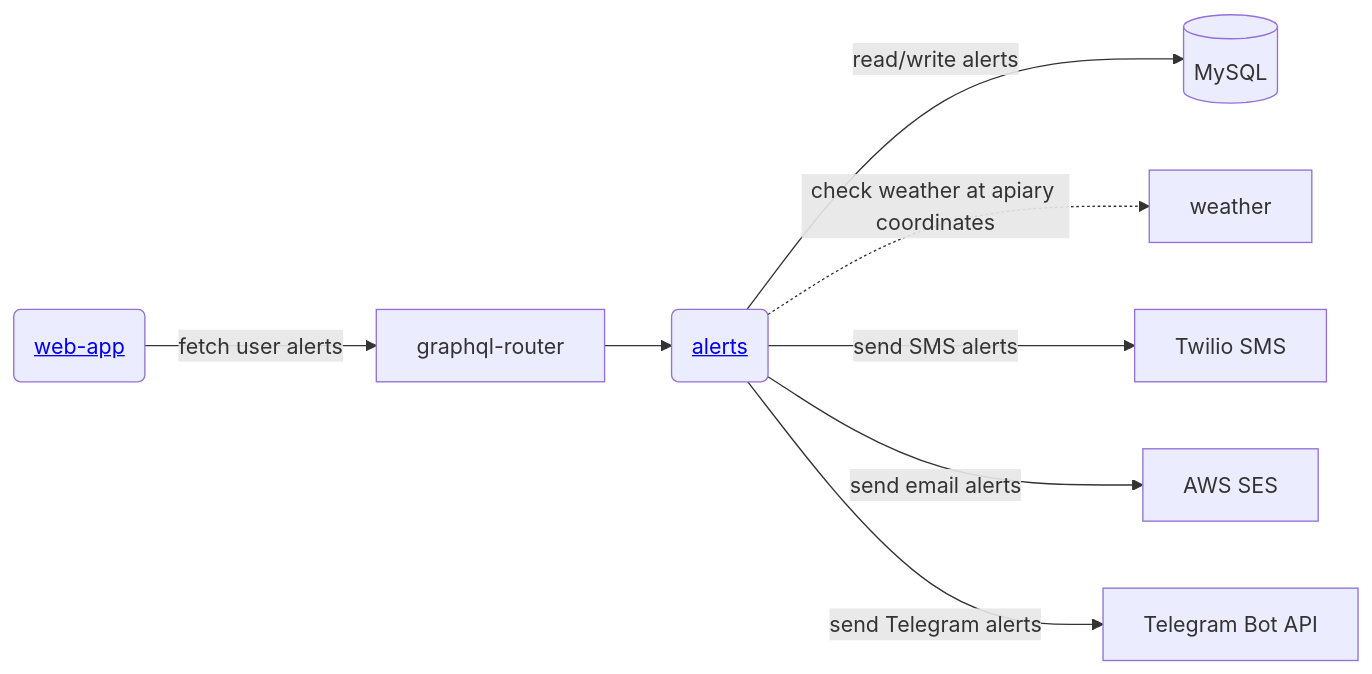
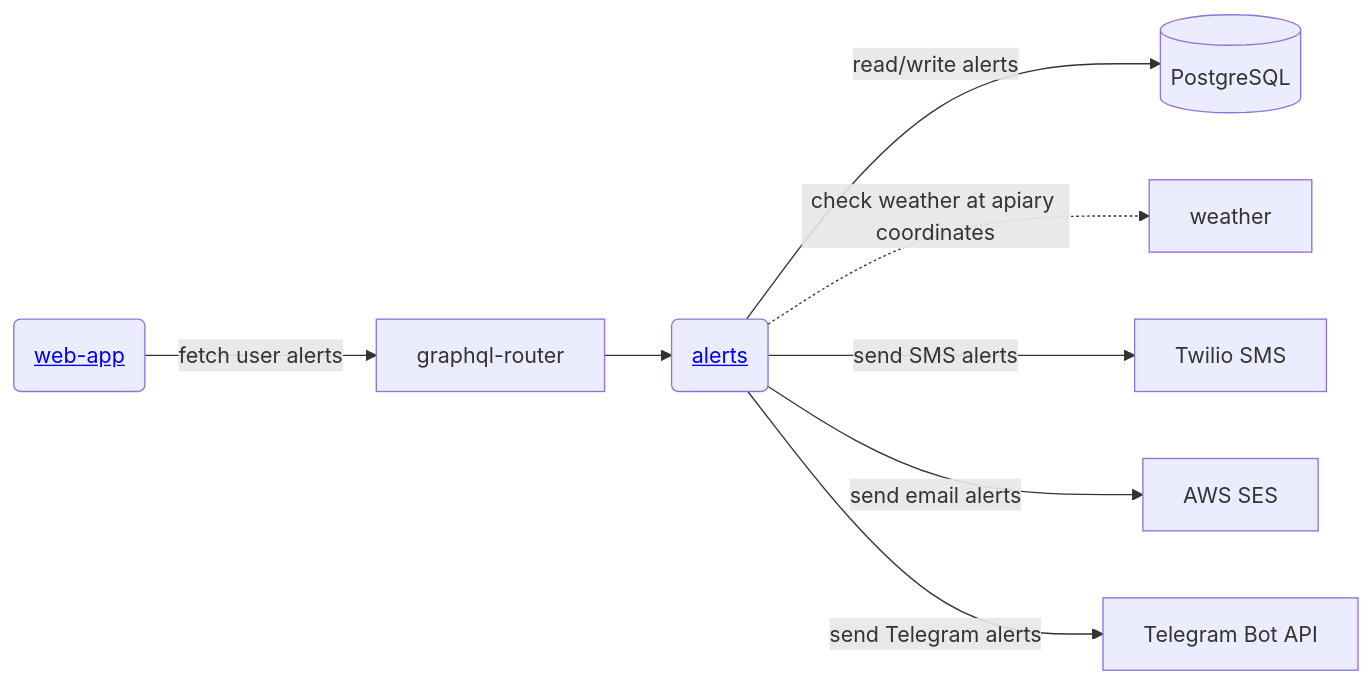
The first of 2 diagrams in README.md (Gratheon/alerts), drawn with Mermaid before and after one commit. The commit also changed other lines of this file and 23 other files, not shown here.

Commit message:
feat!: migrate database backend from MySQL to PostgreSQL

````diff
--- a/README.md
+++ b/README.md
@@ -461,10 +461,10 @@
 ```mermaid
 flowchart LR
     web-app("<a href='https://github.com/Gratheon/web-app'>web-app</a>") --"fetch user alerts"--> graphql-router
     graphql-router --> alerts("<a href='https://github.com/Gratheon/alerts'>alerts</a>")
-    alerts --"read/write alerts"--> mysql[(MySQL)]
+    alerts --"read/write alerts"--> postgres[(PostgreSQL)]
     alerts -."check weather at apiary coordinates".-> weather
     alerts --"send SMS alerts"--> twilio[Twilio SMS]
     alerts --"send email alerts"--> ses[AWS SES]
     alerts --"send Telegram alerts"--> telegram[Telegram Bot API]
 ```
````
